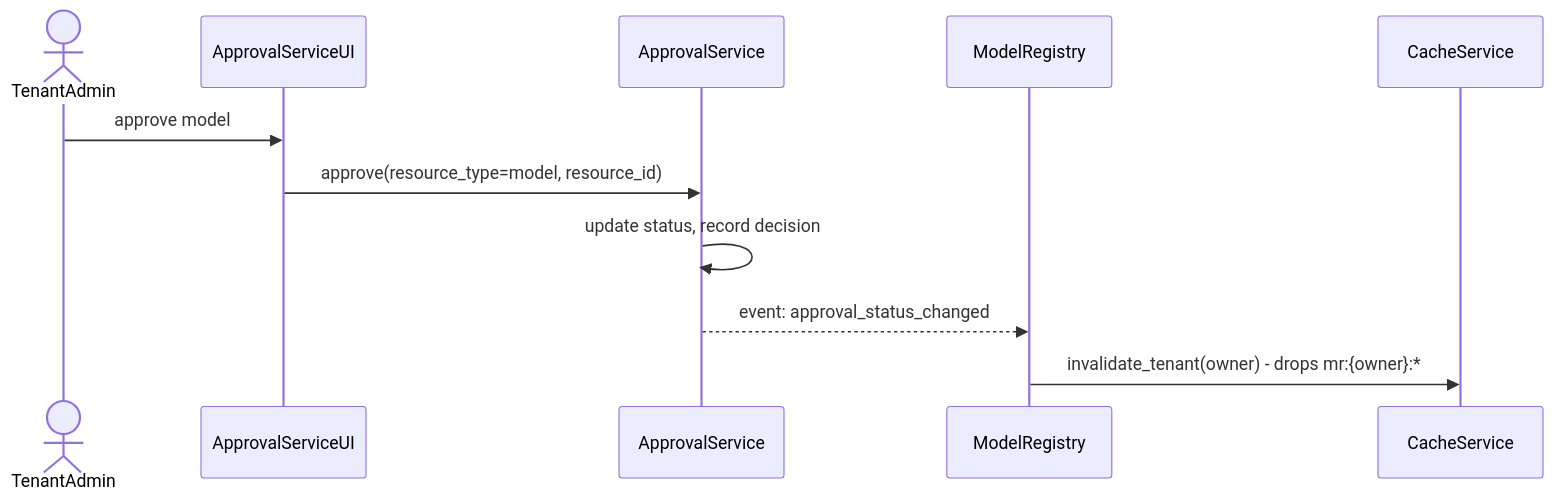
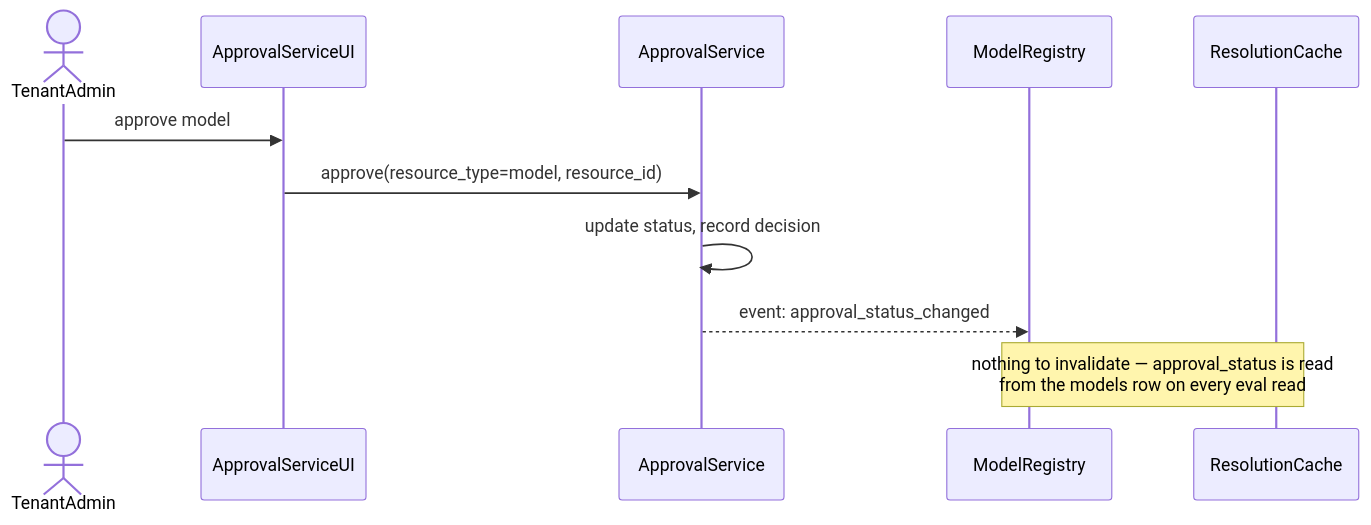
The seventh of 9 diagrams in gears/model-registry/docs/DESIGN.md (constructorfabric/gears-rust), drawn with Mermaid before and after one commit. The commit also changed other lines of this file and 1 other file, not shown here.

Commit message:
docs(model-registry): Update cache strategy

````diff
--- a/gears/model-registry/docs/DESIGN.md
+++ b/gears/model-registry/docs/DESIGN.md
@@ -1252,14 +1303,14 @@
 ```mermaid
 sequenceDiagram
     actor TenantAdmin
     participant ApprovalUI as ApprovalServiceUI
     participant Approval as ApprovalService
     participant MR as ModelRegistry
-    participant Cache as CacheService
+    participant Cache as ResolutionCache
 
     TenantAdmin->>ApprovalUI: approve model
     ApprovalUI->>Approval: approve(resource_type=model, resource_id)
     Approval->>Approval: update status, record decision
     Approval-->>MR: event: approval_status_changed
-    MR->>Cache: invalidate_tenant(owner) - drops mr:{owner}:*
+    note over MR,Cache: nothing to invalidate — approval_status is read<br/>from the models row on every eval read
 ```
````
